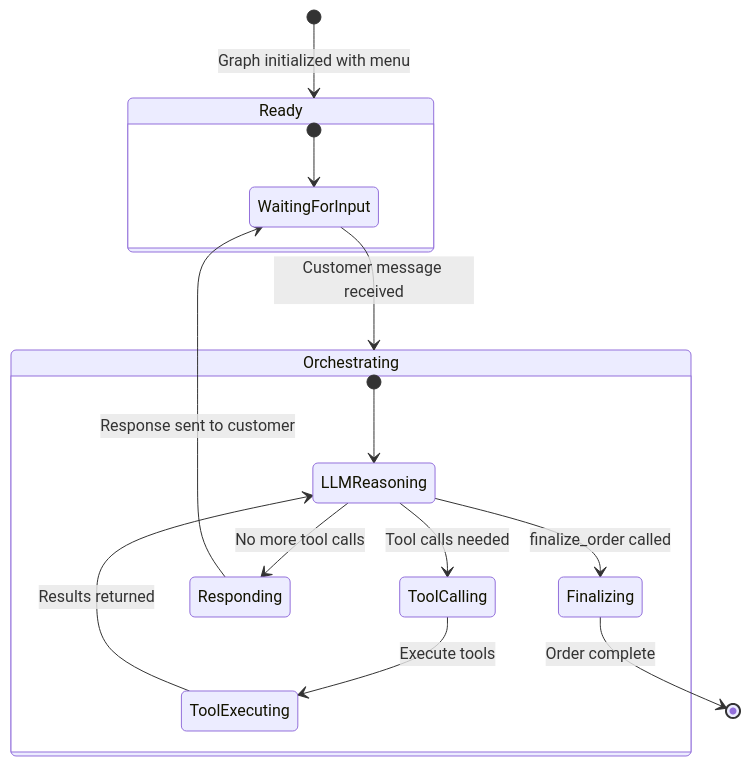
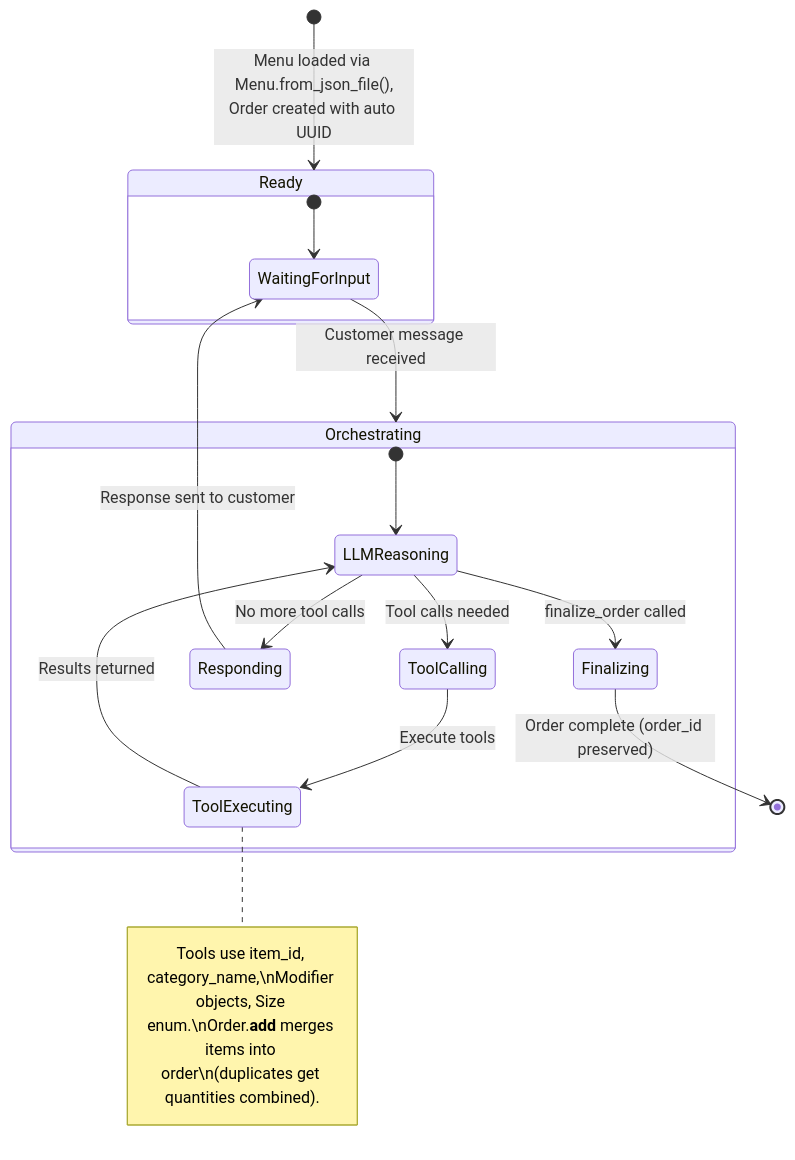
Before and after one commit to seanreed1111/mcdonalds-drive-thru-bot: diagram 12 of 12 in docs/thoughts/target-implementation/v1/langgraph-state-diagrams-v1.md, drawn with Mermaid. The commit also changed other lines of this file and 3 other files, not shown here.

Commit message:
adds more planning docs about state persistence. also adds Order.__add__ to add order to item

````diff
--- a/docs/thoughts/target-implementation/v1/langgraph-state-diagrams-v1.md
+++ b/docs/thoughts/target-implementation/v1/langgraph-state-diagrams-v1.md
@@ -467,22 +542,23 @@
 ```mermaid
 stateDiagram-v2
-    [*] --> Ready: Graph initialized with menu
+    [*] --> Ready: Menu loaded via Menu.from_json_file(),<br/>Order created with auto UUID
 
     state Ready {
         [*] --> WaitingForInput
     }
 
     WaitingForInput --> Orchestrating: Customer message received
 
     state Orchestrating {
         [*] --> LLMReasoning
         LLMReasoning --> ToolCalling: Tool calls needed
         ToolCalling --> ToolExecuting: Execute tools
+        note right of ToolExecuting: Tools use item_id, category_name,\nModifier objects, Size enum.\nOrder.__add__ merges items into order\n(duplicates get quantities combined).
         ToolExecuting --> LLMReasoning: Results returned
         LLMReasoning --> Responding: No more tool calls
         LLMReasoning --> Finalizing: finalize_order called
     }
 
     Responding --> WaitingForInput: Response sent to customer
-    Finalizing --> [*]: Order complete
+    Finalizing --> [*]: Order complete (order_id preserved)
 ```
````
